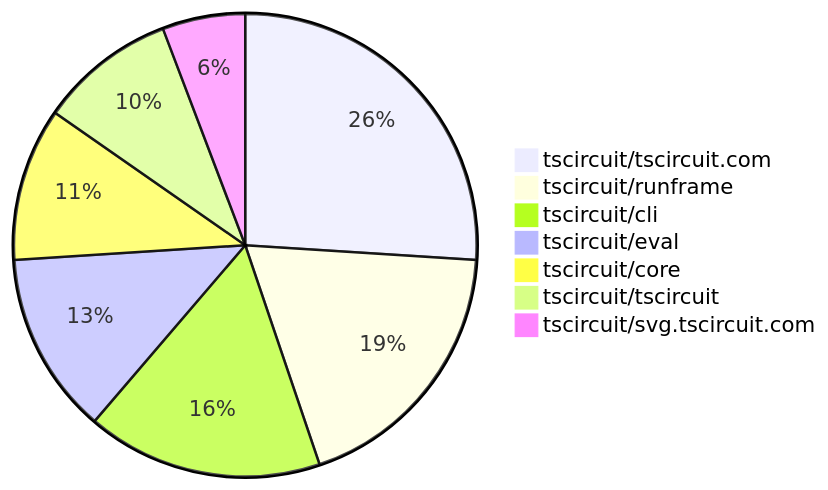
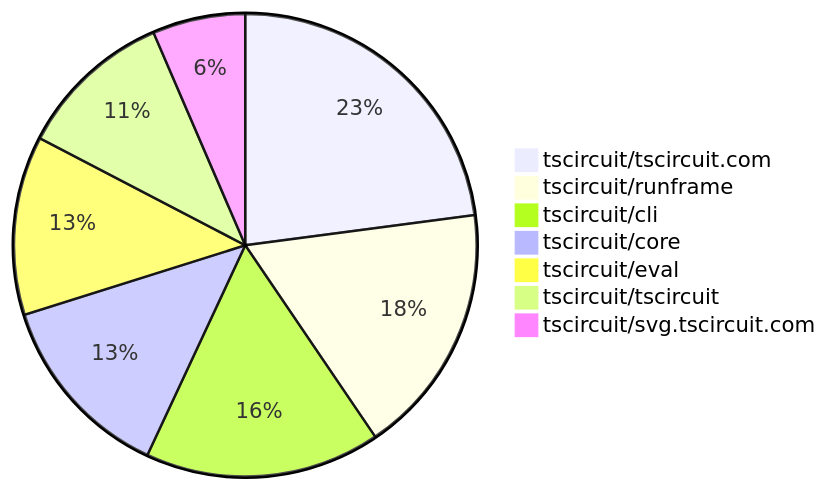
Before and after one commit to tscircuit/contribution-tracker: the second of 2 diagrams in README.md, drawn with Mermaid. The commit also changed other lines of this file and 3 other files, not shown here.

````diff
--- a/README.md
+++ b/README.md
@@ -141,10 +148,10 @@
 ```mermaid
 pie
-    "tscircuit/tscircuit.com" : 90
-    "tscircuit/runframe" : 65
-    "tscircuit/cli" : 57
-    "tscircuit/eval" : 44
-    "tscircuit/core" : 37
-    "tscircuit/tscircuit" : 33
-    "tscircuit/svg.tscircuit.com" : 20
+    "tscircuit/tscircuit.com" : 99
+    "tscircuit/runframe" : 76
+    "tscircuit/cli" : 71
+    "tscircuit/core" : 57
+    "tscircuit/eval" : 54
+    "tscircuit/tscircuit" : 47
+    "tscircuit/svg.tscircuit.com" : 28
 ```
````
